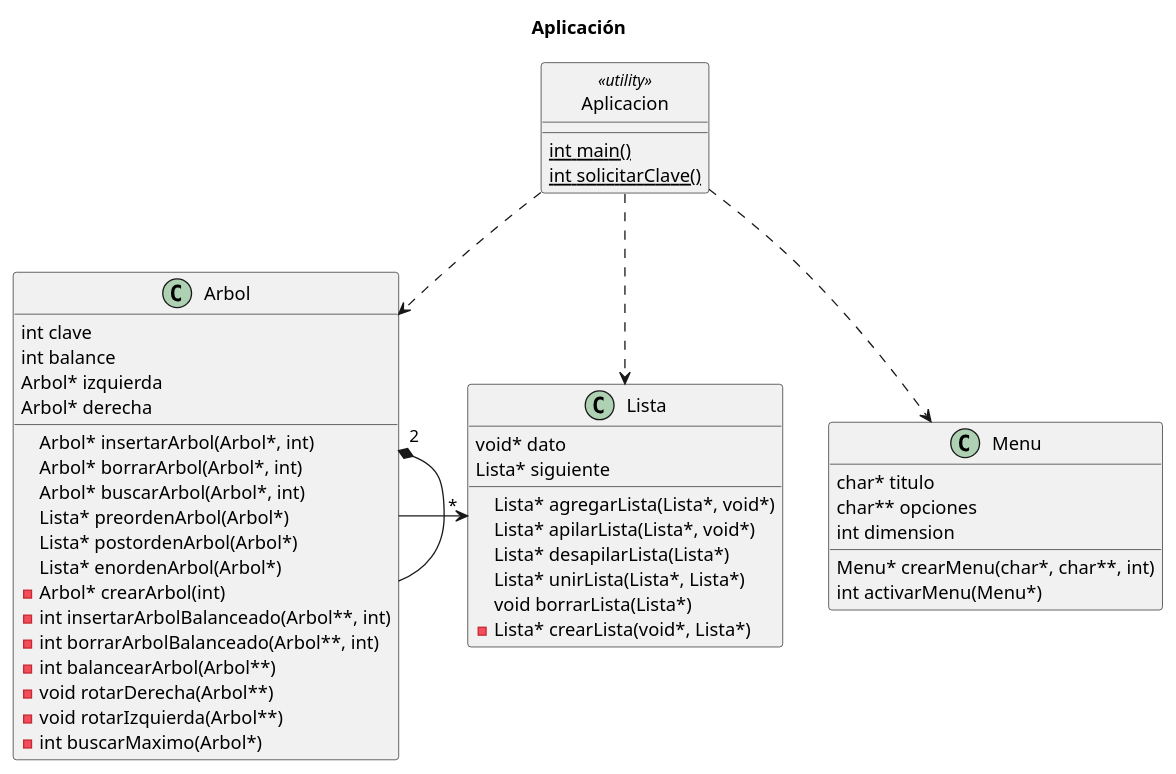
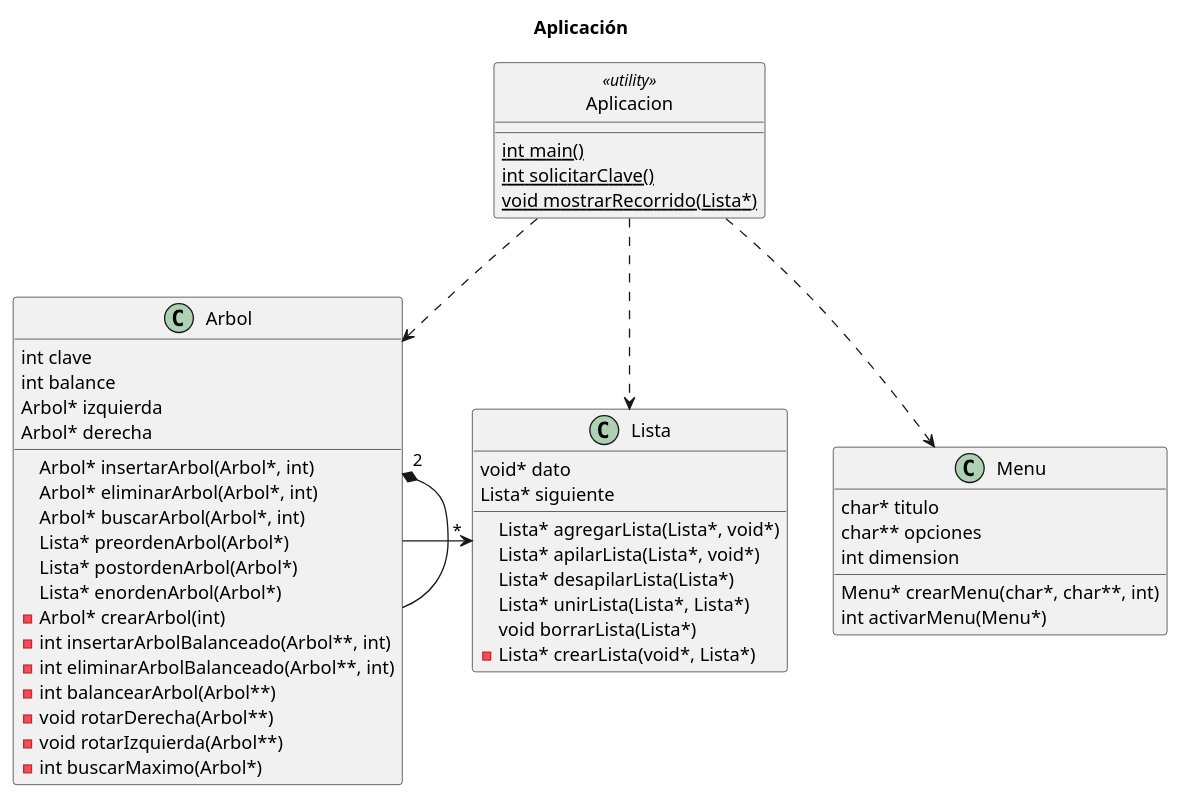
The diagram in diagrama.puml (HeraclitoDeEfeso/ayp3-tp2), drawn with PlantUML before and after one commit.

Commit message:
UML: corrijo AVL, agrego Aplicacion

```diff
--- a/diagrama.puml
+++ b/diagrama.puml
@@ -1,57 +1,58 @@
 @startuml
 
 title Aplicación
 
 class Arbol {
     int clave
     int balance
     Arbol* izquierda
     Arbol* derecha
     Arbol* insertarArbol(Arbol*, int)
-    Arbol* borrarArbol(Arbol*, int)
+    Arbol* eliminarArbol(Arbol*, int)
     Arbol* buscarArbol(Arbol*, int)
     Lista* preordenArbol(Arbol*)
     Lista* postordenArbol(Arbol*)
     Lista* enordenArbol(Arbol*)
     -Arbol* crearArbol(int)
     -int insertarArbolBalanceado(Arbol**, int)
-    -int borrarArbolBalanceado(Arbol**, int)
+    -int eliminarArbolBalanceado(Arbol**, int)
     -int balancearArbol(Arbol**)
     -void rotarDerecha(Arbol**)
     -void rotarIzquierda(Arbol**)
     -int buscarMaximo(Arbol*)
 }
 
 class Lista {
     void* dato
     Lista* siguiente
     Lista* agregarLista(Lista*, void*)
     Lista* apilarLista(Lista*, void*)
     Lista* desapilarLista(Lista*)
     Lista* unirLista(Lista*, Lista*)
     void borrarLista(Lista*)
     -Lista* crearLista(void*, Lista*)
 }
 
 class Menu {
     char* titulo
     char** opciones
     int dimension
     Menu* crearMenu(char*, char**, int)
     int activarMenu(Menu*)
 }
 
 class Aplicacion <<utility>> {
     {static} int main()
     {static} int solicitarClave()
+    {static} void mostrarRecorrido(Lista*)
 }
 
 Arbol "2" *-- Arbol
 Lista "*" <-left- Arbol
 Menu <.up. Aplicacion
 Arbol <.up. Aplicacion
 Lista <.up. Aplicacion
 
 hide <<utility>> circle
 
 @enduml
```
